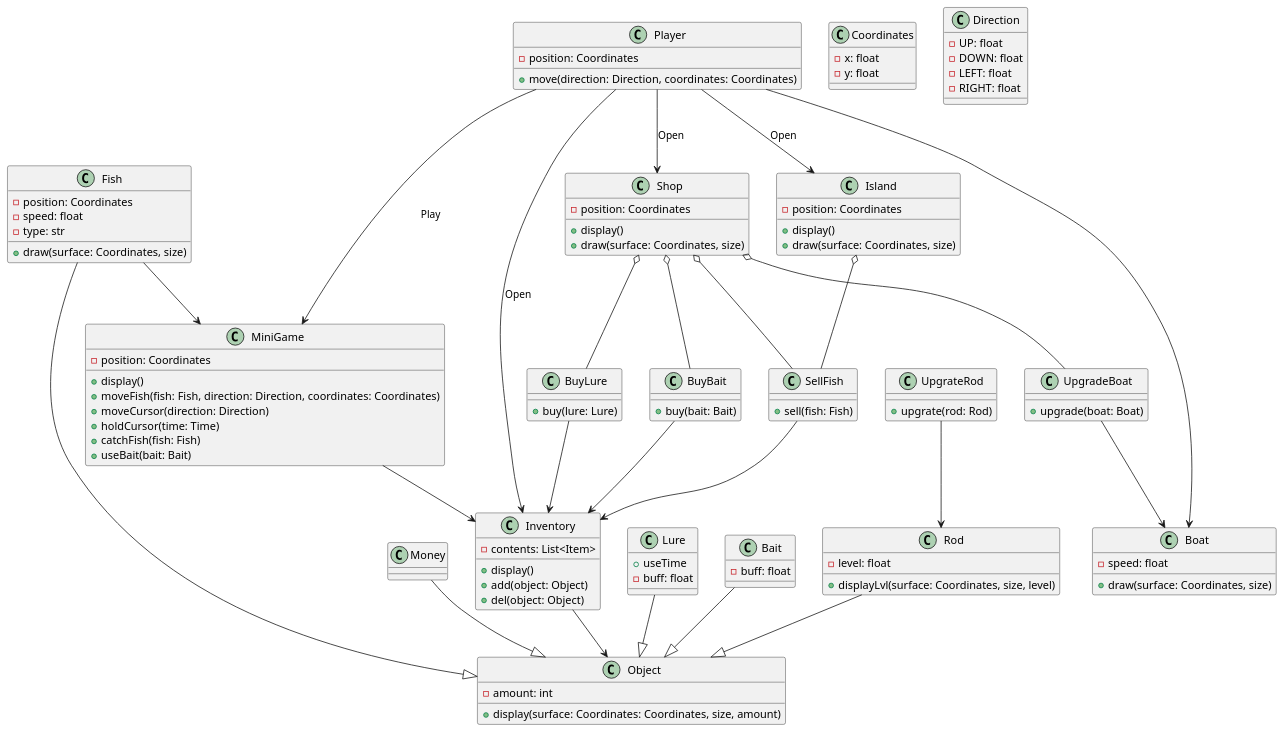
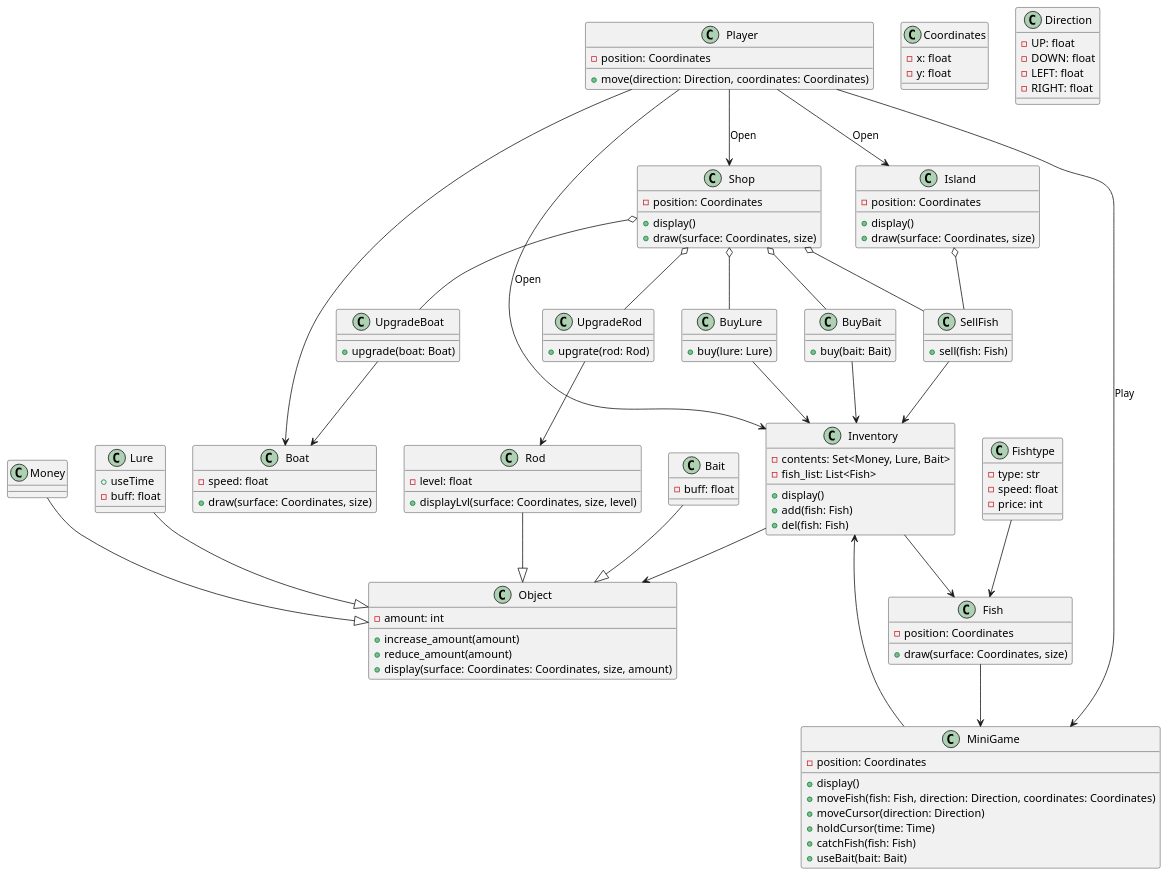
One commit to lenk6663/studying changed the diagram in docs/diagrams/struct/class_diagram.puml. Above: the diagram before and after it, drawn with PlantUML. The commit also changed 1 other file, not shown here.

```diff
--- a/docs/diagrams/struct/class_diagram.puml
+++ b/docs/diagrams/struct/class_diagram.puml
@@ -1,128 +1,136 @@
 @startuml Диаграмма классов
 
 class Player {
     -position: Coordinates
     +move(direction: Direction, coordinates: Coordinates)
 }
 
 class Inventory {
     +display()
-    -contents: List<Item>
-    +add(object: Object)
-    +del(object: Object)
+    -contents: Set<Money, Lure, Bait>
+    -fish_list: List<Fish>
+    +add(fish: Fish)
+    +del(fish: Fish)
 }
 
 class Object {
-    -amount: int
+    - amount: int
+    + increase_amount(amount)
+    + reduce_amount(amount)
     + display(surface: Coordinates: Coordinates, size, amount)
 }
 
 class Money {}
 
 class Fish {
     -position: Coordinates
+    +draw(surface: Coordinates, size)
+}
+class Fishtype {
+    -type: str
     -speed: float
-    -type: str
-    +draw(surface: Coordinates, size)
+    -price: int
 }
 
 class Lure {
     +useTime
     -buff: float
 }
 
 class Bait {
     -buff: float
 }
 
 class Coordinates {
     -x: float
     -y: float
 }
 
 class Direction {
     -UP: float
     -DOWN: float
     -LEFT: float
     -RIGHT: float
 }
 
 class Boat {
     -speed: float
     +draw(surface: Coordinates, size)
 }
 
 class Rod {
     -level: float
     +displayLvl(surface: Coordinates, size, level)
 }
 
 class MiniGame {
     -position: Coordinates
     +display()
     +moveFish(fish: Fish, direction: Direction, coordinates: Coordinates)
     +moveCursor(direction: Direction)
     +holdCursor(time: Time)
     +catchFish(fish: Fish)
     +useBait(bait: Bait)
 }
 
 class Shop {
     -position: Coordinates
     +display()
     +draw(surface: Coordinates, size)
 }
 
 class Island {
     -position: Coordinates
     +display()
     +draw(surface: Coordinates, size)
 }
 
 class SellFish {
     +sell(fish: Fish)
 }
 
 class UpgradeBoat {
     +upgrade(boat: Boat)
 }
 
-class UpgrateRod {
+class UpgradeRod {
     +upgrate(rod: Rod)
 }
 
 class BuyBait {
     +buy(bait: Bait)
 }
 
 class BuyLure {
     +buy(lure: Lure)
 }
 
 
 
 Player --> Inventory : Open
 Inventory --> Object
-Fish --|> Object
+Inventory --> Fish
 Lure --|> Object
 Rod --|> Object
 Bait --|> Object
 Money --|> Object
 Fish --> MiniGame
 Player --> Boat
 Player ---> MiniGame : Play
 MiniGame --> Inventory 
 Player --> Shop : Open
 Player --> Island : Open
+Fishtype --> Fish
 Shop o-- SellFish
 BuyBait --> Inventory
 BuyLure --> Inventory
 SellFish --> Inventory
 UpgradeBoat --> Boat
-UpgrateRod --> Rod
+UpgradeRod --> Rod
 Shop o-- UpgradeBoat
+Shop o-- UpgradeRod
 Shop o-- BuyBait
 Shop o-- BuyLure
 Island o-- SellFish
 
 @enduml
```
